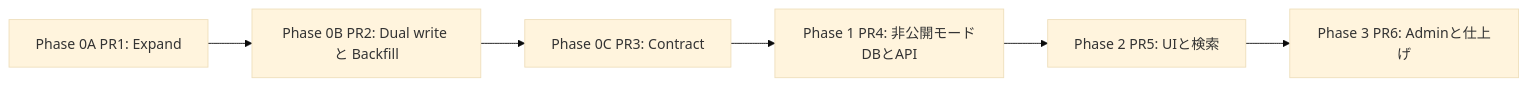
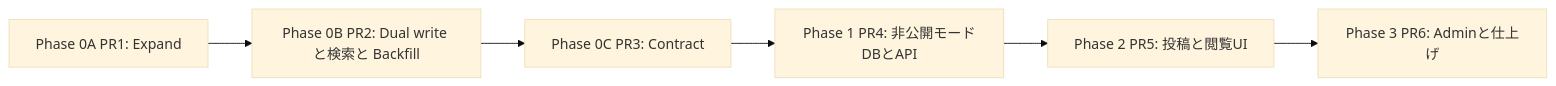
Before and after one commit to 3balljugglerYu/ai_coordinate: the sixth of 6 diagrams in docs/planning/free-prompt-private-mode-implementation-plan.md, drawn with Mermaid (base theme). The commit also changed other lines of this file, not shown here.

````diff
--- a/docs/planning/free-prompt-private-mode-implementation-plan.md
+++ b/docs/planning/free-prompt-private-mode-implementation-plan.md
@@ -465,8 +524,8 @@
 ```mermaid
 flowchart LR
-    P0A["Phase 0A PR1: Expand"] --> P0B["Phase 0B PR2: Dual write と Backfill"]
+    P0A["Phase 0A PR1: Expand"] --> P0B["Phase 0B PR2: Dual write と検索と Backfill"]
     P0B --> P0C["Phase 0C PR3: Contract"]
     P0C --> P1["Phase 1 PR4: 非公開モードDBとAPI"]
-    P1 --> P2["Phase 2 PR5: UIと検索"]
+    P1 --> P2["Phase 2 PR5: 投稿と閲覧UI"]
     P2 --> P3["Phase 3 PR6: Adminと仕上げ"]
 ```
````
